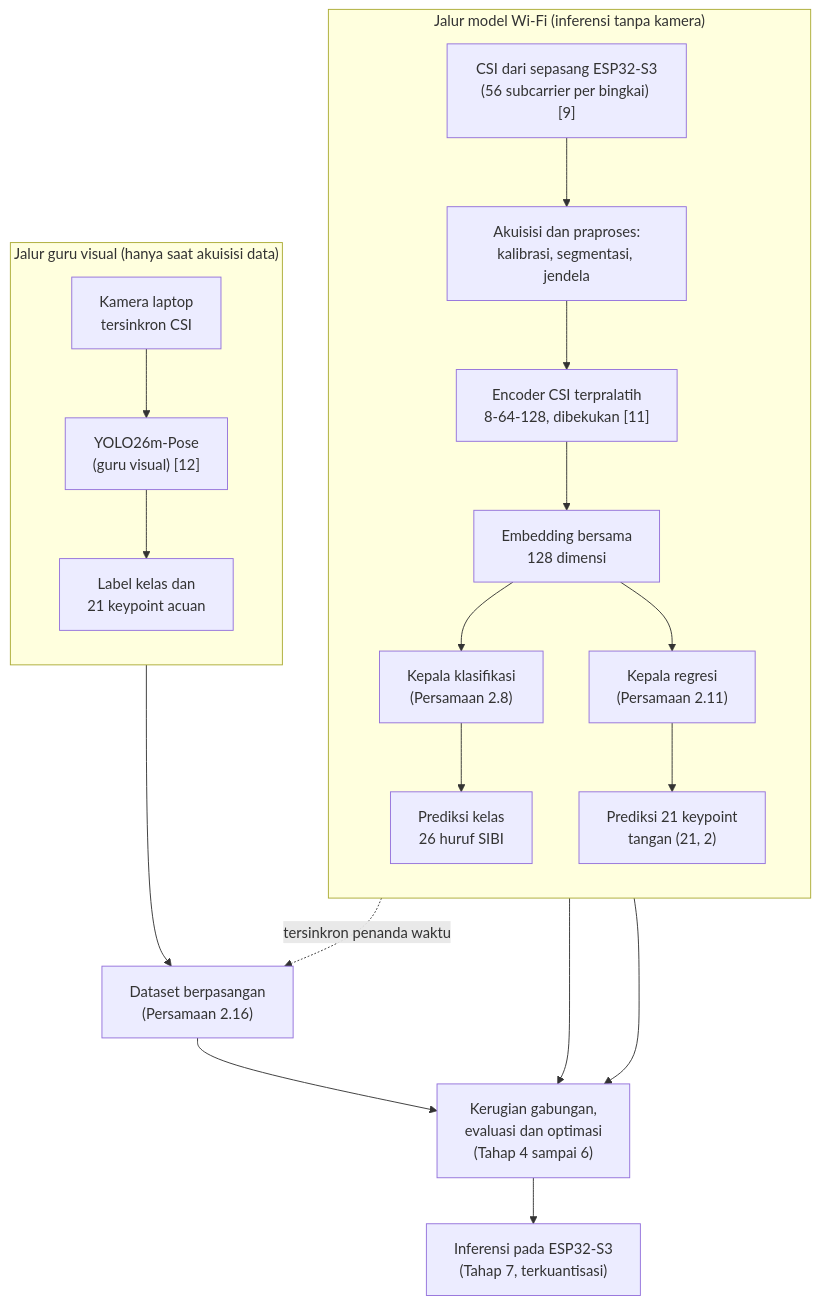
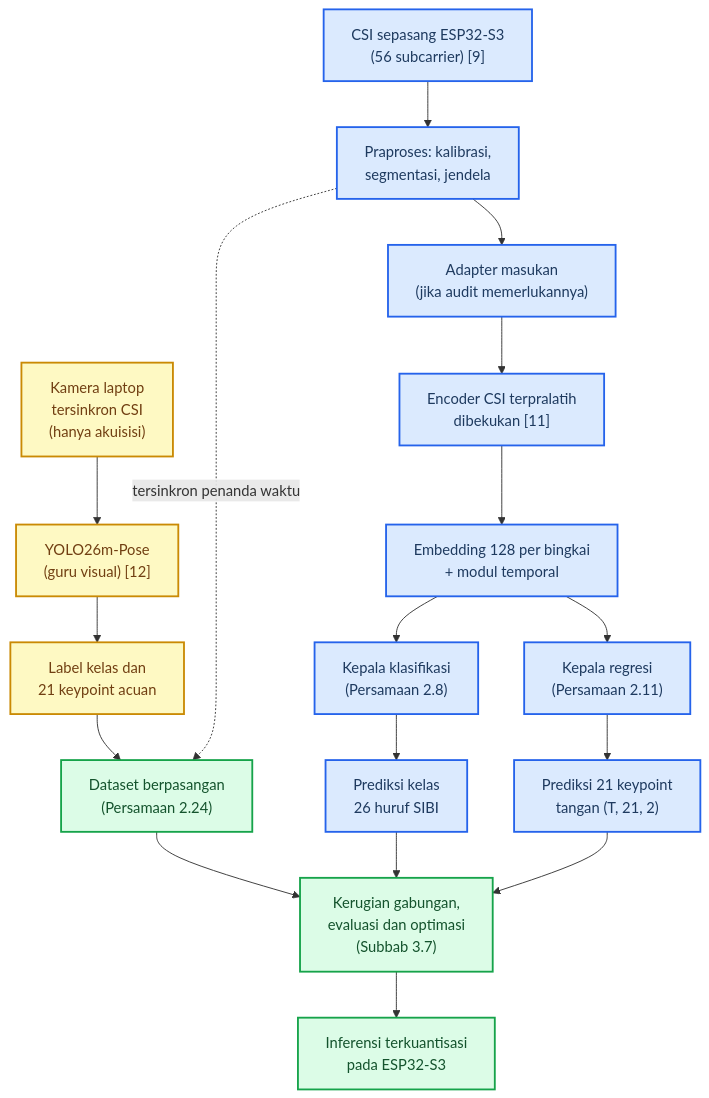
Before and after one commit to ILoveTahuTek/skripsi: the first of 4 diagrams in download/sensesibi-v10/Proposal-SenseSIBI-v16.md, drawn with Mermaid. The commit also changed other lines of this file and 30 other files, not shown here.

````diff
--- a/download/sensesibi-v10/Proposal-SenseSIBI-v16.md
+++ b/download/sensesibi-v10/Proposal-SenseSIBI-v16.md
@@ -301,44 +375,47 @@
 ```mermaid
 flowchart TD
     accTitle: Arsitektur model dua kepala tugas di atas encoder CSI terpralatih
-    accDescr: Jalur guru visual berisi kamera tersinkron dan YOLO26m-Pose yang menghasilkan label kelas dan 21 keypoint acuan, hanya saat akuisisi data. Jalur model Wi-Fi berisi CSI dari sepasang ESP32-S3 yang dipraproses menjadi jendela, lalu encoder terpralatih yang dibekukan menghasilkan embedding 128 dimensi, lalu kepala klasifikasi menghasilkan prediksi kelas 26 huruf dan kepala regresi menghasilkan prediksi 21 keypoint tangan. Dataset berpasangan menggabungkan kedua jalur, kerugian gabungan melatih dan evaluasi mengukur kedua kepala, dan model terpilih diinferensikan pada ESP32-S3.
+    accDescr: Jalur guru visual di sebelah kiri berisi kamera tersinkron dan YOLO26m-Pose yang menghasilkan label kelas dan 21 keypoint acuan, hanya saat akuisisi data. Jalur model Wi-Fi di sebelah kanan berisi CSI dari sepasang ESP32-S3 yang dipraproses, adapter masukan jika perlu, encoder terpralatih yang dibekukan, barisan embedding 128 dimensi, dan modul temporal, lalu kepala klasifikasi menghasilkan prediksi 26 kelas huruf dan kepala regresi menghasilkan prediksi 21 keypoint tangan. Dataset berpasangan menggabungkan kedua jalur, kerugian gabungan melatih dan evaluasi mengukur kedua kepala, dan model terpilih diinferensikan pada ESP32-S3. Simpul kuning ialah jalur guru, simpul biru jalur model Wi-Fi, simpul hijau alur pelatihan dan deployment.
 
-    subgraph JG["Jalur guru visual (hanya saat akuisisi data)"]
-        direction TB
-    CAM["Kamera laptop<br/>tersinkron CSI"]
+    CAM["Kamera laptop<br/>tersinkron CSI<br/>(hanya akuisisi)"]
     GURU["YOLO26m-Pose<br/>(guru visual) [12]"]
     LAB["Label kelas dan<br/>21 keypoint acuan"]
     CAM --> GURU
     GURU --> LAB
-    end
 
-    subgraph JM["Jalur model Wi-Fi (inferensi tanpa kamera)"]
-        direction TB
-    CSI["CSI dari sepasang ESP32-S3<br/>(56 subcarrier per bingkai) [9]"]
-    PRE["Akuisisi dan praproses:<br/>kalibrasi, segmentasi, jendela"]
-    ENC["Encoder CSI terpralatih<br/>8-64-128, dibekukan [11]"]
-    EMB["Embedding bersama<br/>128 dimensi"]
+    CSI["CSI sepasang ESP32-S3<br/>(56 subcarrier) [9]"]
+    PRE["Praproses: kalibrasi,<br/>segmentasi, jendela"]
+    ADP["Adapter masukan<br/>(jika audit memerlukannya)"]
+    ENC["Encoder CSI terpralatih<br/>dibekukan [11]"]
+    EMT["Embedding 128 per bingkai<br/>+ modul temporal"]
     HCL["Kepala klasifikasi<br/>(Persamaan 2.8)"]
     HRG["Kepala regresi<br/>(Persamaan 2.11)"]
     KLS["Prediksi kelas<br/>26 huruf SIBI"]
-    KPT["Prediksi 21 keypoint<br/>tangan (21, 2)"]
+    KPT["Prediksi 21 keypoint<br/>tangan (T, 21, 2)"]
     CSI --> PRE
-    PRE --> ENC
-    ENC --> EMB
-    EMB --> HCL
-    EMB --> HRG
+    PRE --> ADP
+    ADP --> ENC
+    ENC --> EMT
+    EMT --> HCL
+    EMT --> HRG
     HCL --> KLS
     HRG --> KPT
-    end
 
-    PAIR["Dataset berpasangan<br/>(Persamaan 2.16)"]
-    LTOT["Kerugian gabungan,<br/>evaluasi dan optimasi<br/>(Tahap 4 sampai 6)"]
-    EDGE["Inferensi pada ESP32-S3<br/>(Tahap 7, terkuantisasi)"]
+    PAIR["Dataset berpasangan<br/>(Persamaan 2.24)"]
+    LTOT["Kerugian gabungan,<br/>evaluasi dan optimasi<br/>(Subbab 3.7)"]
+    EDGE["Inferensi terkuantisasi<br/>pada ESP32-S3"]
 
     LAB --> PAIR
     PRE -. "tersinkron penanda waktu" .-> PAIR
     PAIR --> LTOT
     KLS --> LTOT
     KPT --> LTOT
     LTOT --> EDGE
+
+    classDef guru fill:#fef9c3,stroke:#ca8a04,stroke-width:2px,color:#713f12
+    classDef model fill:#dbeafe,stroke:#2563eb,stroke-width:2px,color:#1e3a5f
+    classDef proses fill:#dcfce7,stroke:#16a34a,stroke-width:2px,color:#14532d
+    class CAM,GURU,LAB guru
+    class CSI,PRE,ADP,ENC,EMT,HCL,HRG,KLS,KPT model
+    class PAIR,LTOT,EDGE proses
 ```
````
